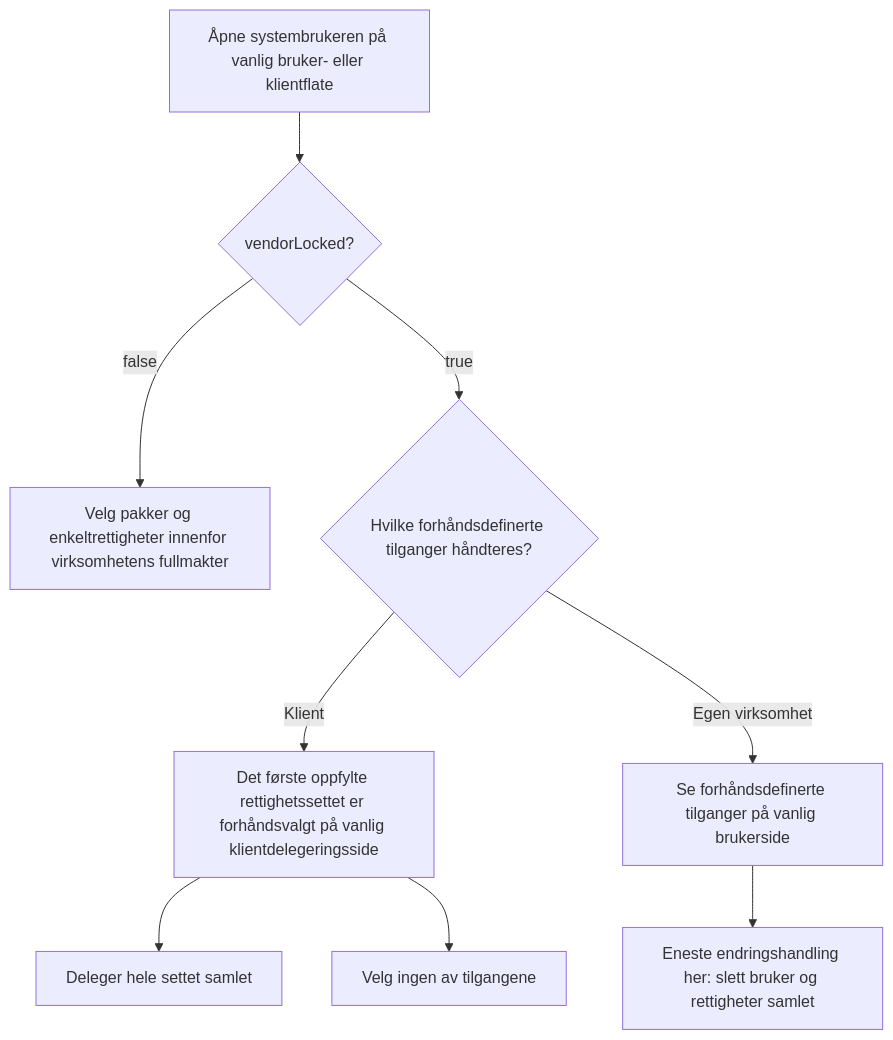
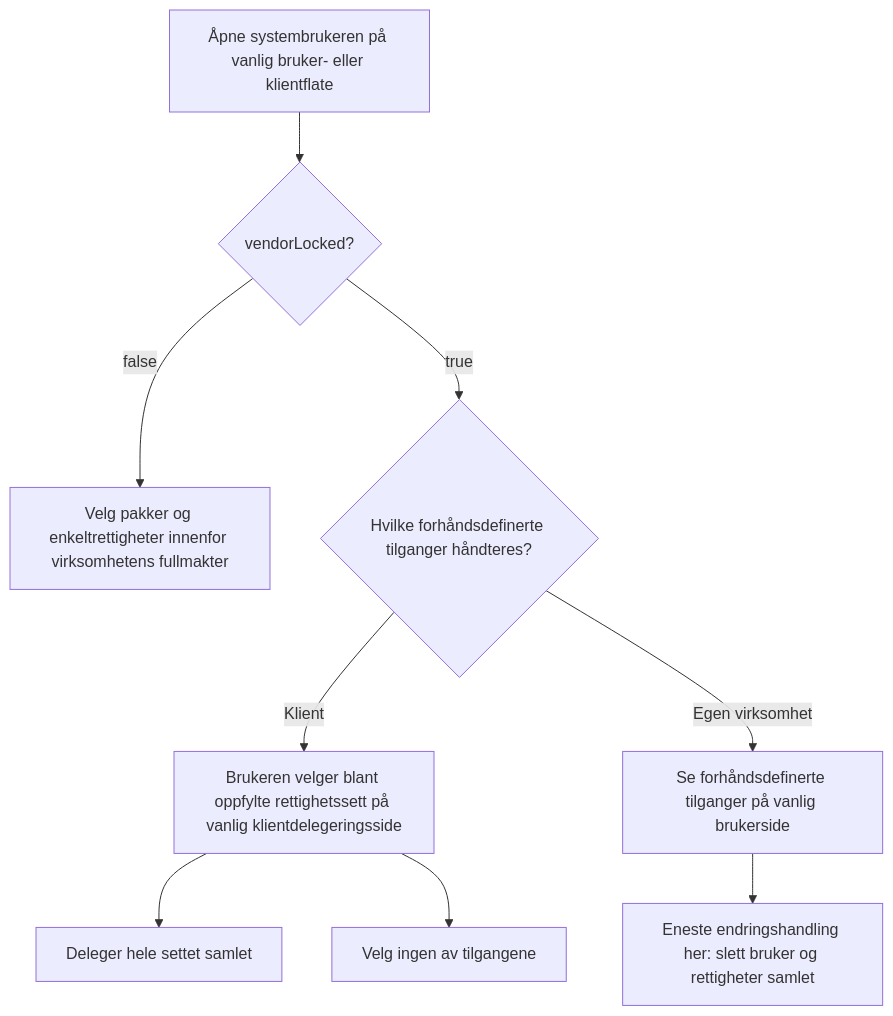
One commit to Altinn/altinn-studio-docs changed the fourth of 6 diagrams in content/authorization/guides/system-vendor/system-user/beslutningstre.nb.md. Above: the diagram before and after it, drawn with Mermaid. The commit also changed other lines of this file and 2 other files, not shown here.

```diff
--- a/content/authorization/guides/system-vendor/system-user/beslutningstre.nb.md
+++ b/content/authorization/guides/system-vendor/system-user/beslutningstre.nb.md
@@ -73,11 +73,11 @@
 {{< mermaid >}}
 graph TD
   OPEN["Åpne systembrukeren på vanlig bruker- eller klientflate"] --> MODE{"vendorLocked?"}
   MODE -->|false| CHOOSE["Velg pakker og enkeltrettigheter innenfor virksomhetens fullmakter"]
   MODE -->|true| CONTEXT{"Hvilke forhåndsdefinerte tilganger håndteres?"}
-  CONTEXT -->|Klient| SET["Det første oppfylte rettighetssettet er forhåndsvalgt på vanlig klientdelegeringsside"]
+  CONTEXT -->|Klient| SET["Brukeren velger blant oppfylte rettighetssett på vanlig klientdelegeringsside"]
   SET --> ALL["Deleger hele settet samlet"]
   SET --> NONE["Velg ingen av tilgangene"]
   CONTEXT -->|Egen virksomhet| VIEW["Se forhåndsdefinerte tilganger på vanlig brukerside"]
   VIEW --> DELETE["Eneste endringshandling her: slett bruker og rettigheter samlet"]
 {{< /mermaid >}}
```
